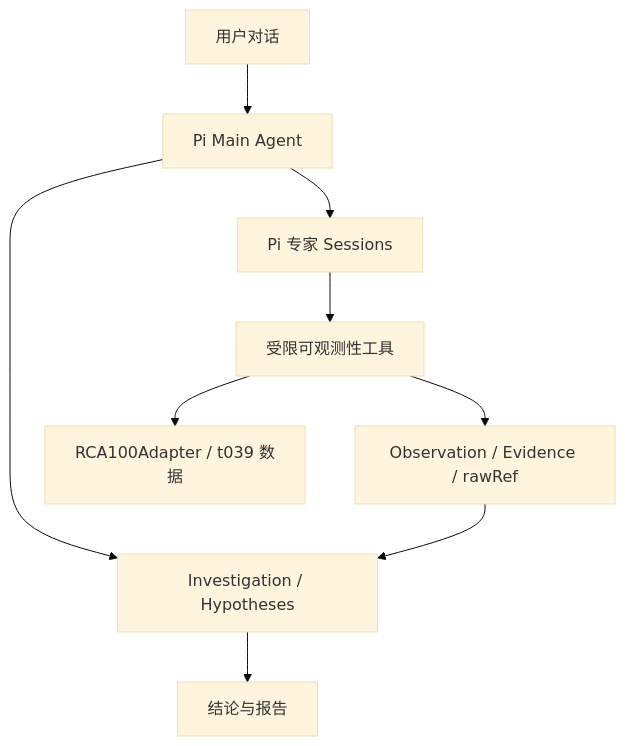
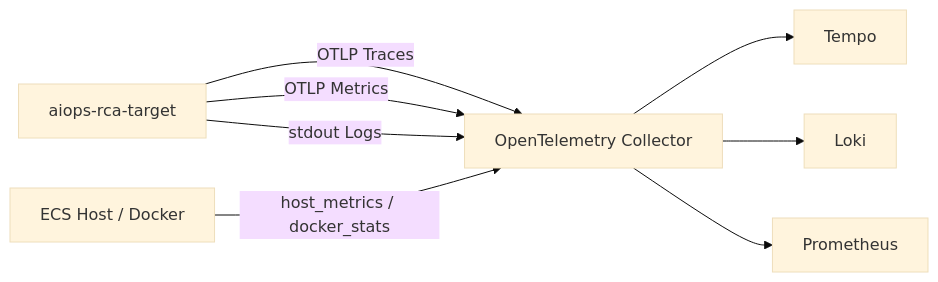
One commit to yuyan3616/aiops changed the diagram in README.md. Above: the diagram before and after it, drawn with Mermaid (base theme). The commit also changed other lines of this file, not shown here.

Commit message:
文档: 更新 Target 可观测性分支说明

````diff
--- a/README.md
+++ b/README.md
@@ -24,11 +40,14 @@
 ```mermaid
-flowchart TD
-    U["用户对话"] --> M["Pi Main Agent"]
-    M --> I["Investigation / Hypotheses"]
-    M --> E["Pi 专家 Sessions"]
-    E --> T["受限可观测性工具"]
-    T --> D["RCA100Adapter / t039 数据"]
-    T --> O["Observation / Evidence / rawRef"]
-    O --> I
-    I --> R["结论与报告"]
+flowchart LR
+    T["aiops-rca-target"]
+
+    T -->|"OTLP Traces"| C["OpenTelemetry Collector"]
+    T -->|"OTLP Metrics"| C
+    T -->|"stdout Logs"| C
+
+    C --> TP["Tempo"]
+    C --> LK["Loki"]
+    C --> PM["Prometheus"]
+
+    H["ECS Host / Docker"] -->|"host_metrics / docker_stats"| C
 ```
````
